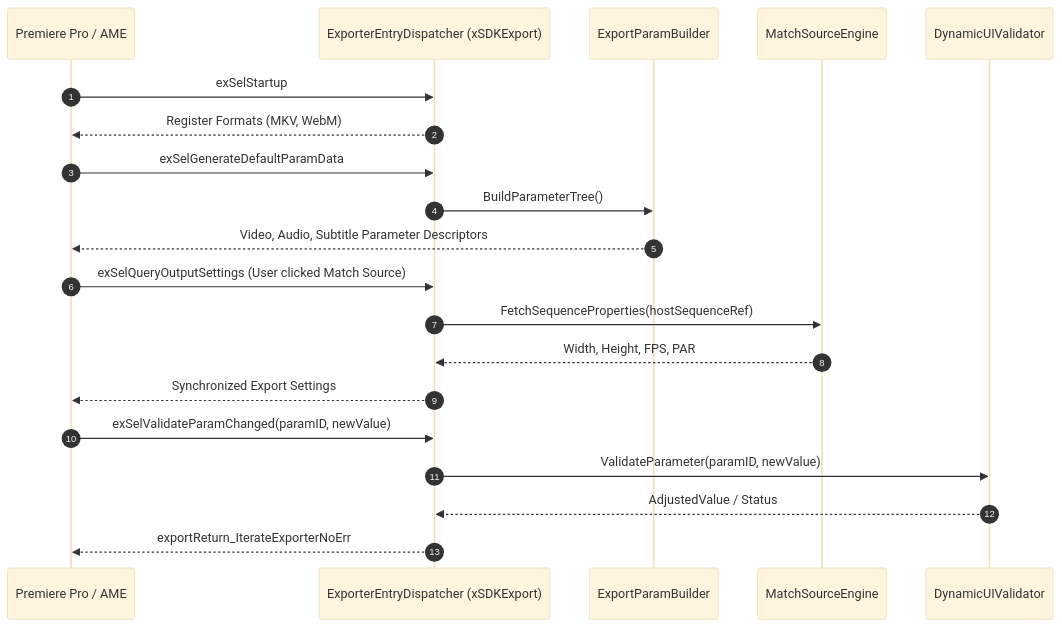
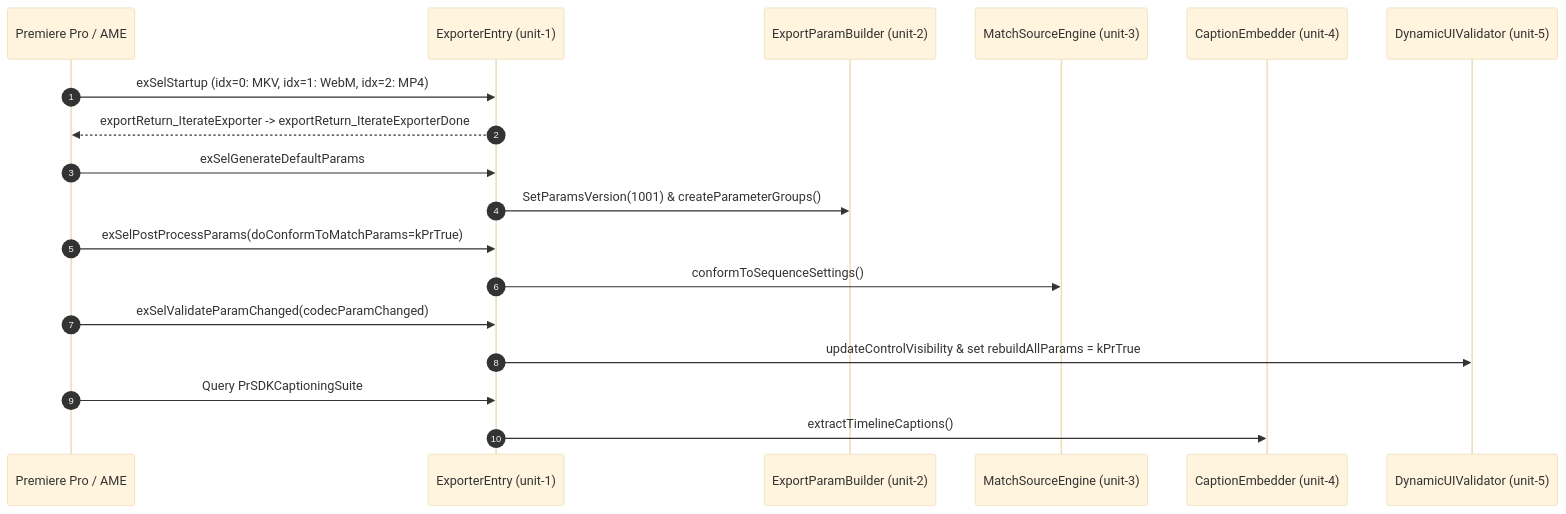
One commit to abdelrazekwork72-beep/AV1 changed the diagram in docs/user-stories/module-3-exporter-plugin/us-3.1.0-exporter-registration-params-ui.md. Above: the diagram before and after it, drawn with Mermaid (base theme). The commit also changed other lines of this file and 15 other files, not shown here.

Commit message:
fix(docs): unify architecture, Premiere Pro SDK protocols, base contracts, and 50 implementation units across all 4 modules and 11 user stories

````diff
--- a/docs/user-stories/module-3-exporter-plugin/us-3.1.0-exporter-registration-params-ui.md
+++ b/docs/user-stories/module-3-exporter-plugin/us-3.1.0-exporter-registration-params-ui.md
@@ -120,26 +86,21 @@
 ```mermaid
 sequenceDiagram
     autonumber
     participant Host as Premiere Pro / AME
-    participant Dispatcher as ExporterEntryDispatcher (xSDKExport)
-    participant Builder as ExportParamBuilder
-    participant Matcher as MatchSourceEngine
-    participant Validator as DynamicUIValidator
+    participant Entry as ExporterEntry (unit-1)
+    participant Builder as ExportParamBuilder (unit-2)
+    participant Match as MatchSourceEngine (unit-3)
+    participant Captions as CaptionEmbedder (unit-4)
+    participant Validator as DynamicUIValidator (unit-5)
 
-    Host->>Dispatcher: exSelStartup
-    Dispatcher-->>Host: Register Formats (MKV, WebM)
-
-    Host->>Dispatcher: exSelGenerateDefaultParamData
-    Dispatcher->>Builder: BuildParameterTree()
-    Builder-->>Host: Video, Audio, Subtitle Parameter Descriptors
-
-    Host->>Dispatcher: exSelQueryOutputSettings (User clicked Match Source)
-    Dispatcher->>Matcher: FetchSequenceProperties(hostSequenceRef)
-    Matcher-->>Dispatcher: Width, Height, FPS, PAR
-    Dispatcher-->>Host: Synchronized Export Settings
-
-    Host->>Dispatcher: exSelValidateParamChanged(paramID, newValue)
-    Dispatcher->>Validator: ValidateParameter(paramID, newValue)
-    Validator-->>Dispatcher: AdjustedValue / Status
-    Dispatcher-->>Host: exportReturn_IterateExporterNoErr
+    Host->>Entry: exSelStartup (idx=0: MKV, idx=1: WebM, idx=2: MP4)
+    Entry-->>Host: exportReturn_IterateExporter -> exportReturn_IterateExporterDone
+    Host->>Entry: exSelGenerateDefaultParams
+    Entry->>Builder: SetParamsVersion(1001) & createParameterGroups()
+    Host->>Entry: exSelPostProcessParams(doConformToMatchParams=kPrTrue)
+    Entry->>Match: conformToSequenceSettings()
+    Host->>Entry: exSelValidateParamChanged(codecParamChanged)
+    Entry->>Validator: updateControlVisibility & set rebuildAllParams = kPrTrue
+    Host->>Entry: Query PrSDKCaptioningSuite
+    Entry->>Captions: extractTimelineCaptions()
 ```
````
